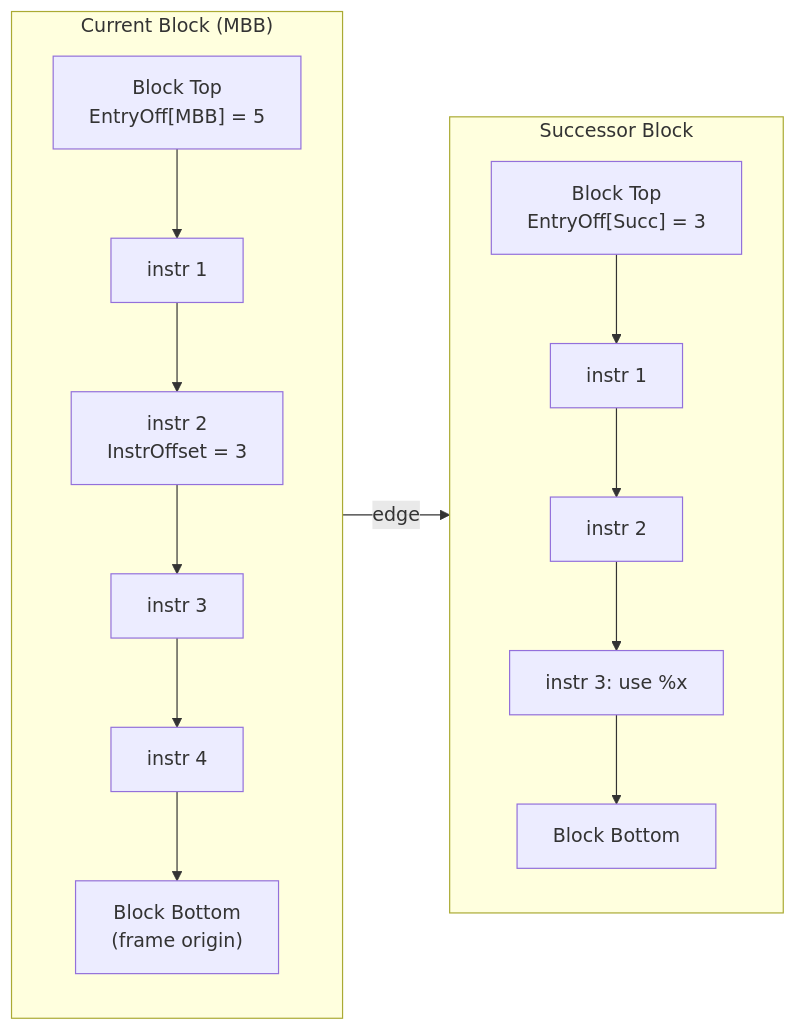
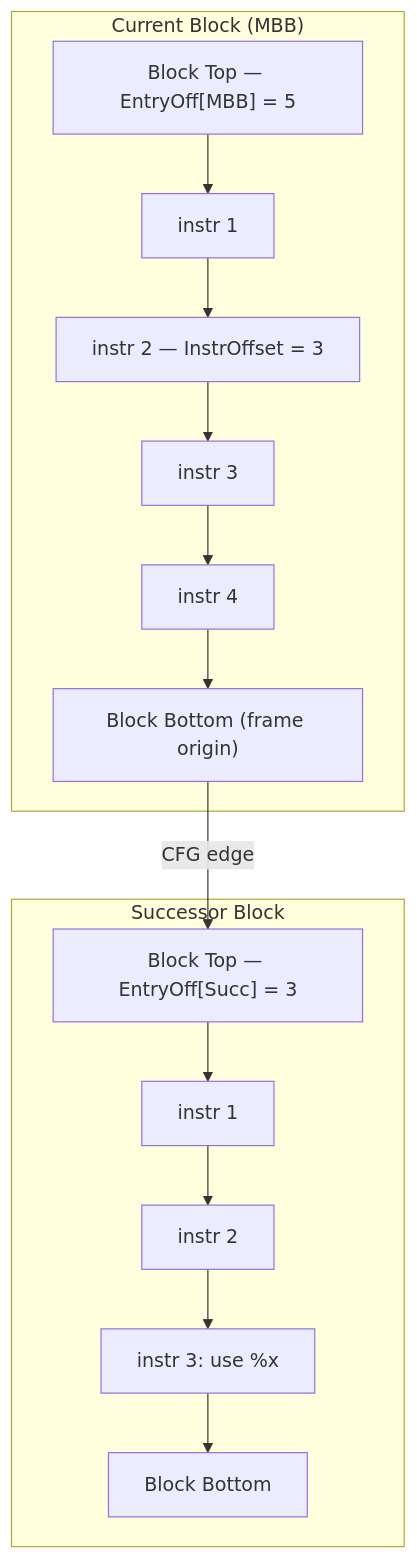
Before and after one commit to alex-t/ssa-spiller-docs: the third of 4 diagrams in SSA_Spiller/04-Design/NextUseAnalysis.md, drawn with Mermaid.

Commit message:
Drawing layout changed

````diff
--- a/SSA_Spiller/04-Design/NextUseAnalysis.md
+++ b/SSA_Spiller/04-Design/NextUseAnalysis.md
@@ -238,27 +238,25 @@
 ```mermaid
-flowchart LR
+flowchart TD
     subgraph MBB["Current Block (MBB)"]
-        direction TB
-        Top["Block Top<br/>EntryOff[MBB] = 5"]
+        Top["Block Top — EntryOff[MBB] = 5"]
         I1["instr 1"]
-        I2["instr 2<br/>InstrOffset = 3"]
+        I2["instr 2 — InstrOffset = 3"]
         I3["instr 3"]
         I4["instr 4"]
-        Bot["Block Bottom<br/>(frame origin)"]
+        Bot["Block Bottom (frame origin)"]
         
         Top --> I1 --> I2 --> I3 --> I4 --> Bot
     end
     
     subgraph Succ["Successor Block"]
-        direction TB
-        STop["Block Top<br/>EntryOff[Succ] = 3"]
+        STop["Block Top — EntryOff[Succ] = 3"]
         SI1["instr 1"]
         SI2["instr 2"]
         SI3["instr 3: use %x"]
         SBot["Block Bottom"]
         
         STop --> SI1 --> SI2 --> SI3 --> SBot
     end
     
-    Bot -->|"edge"| STop
+    Bot -->|"CFG edge"| STop
 ```
````
